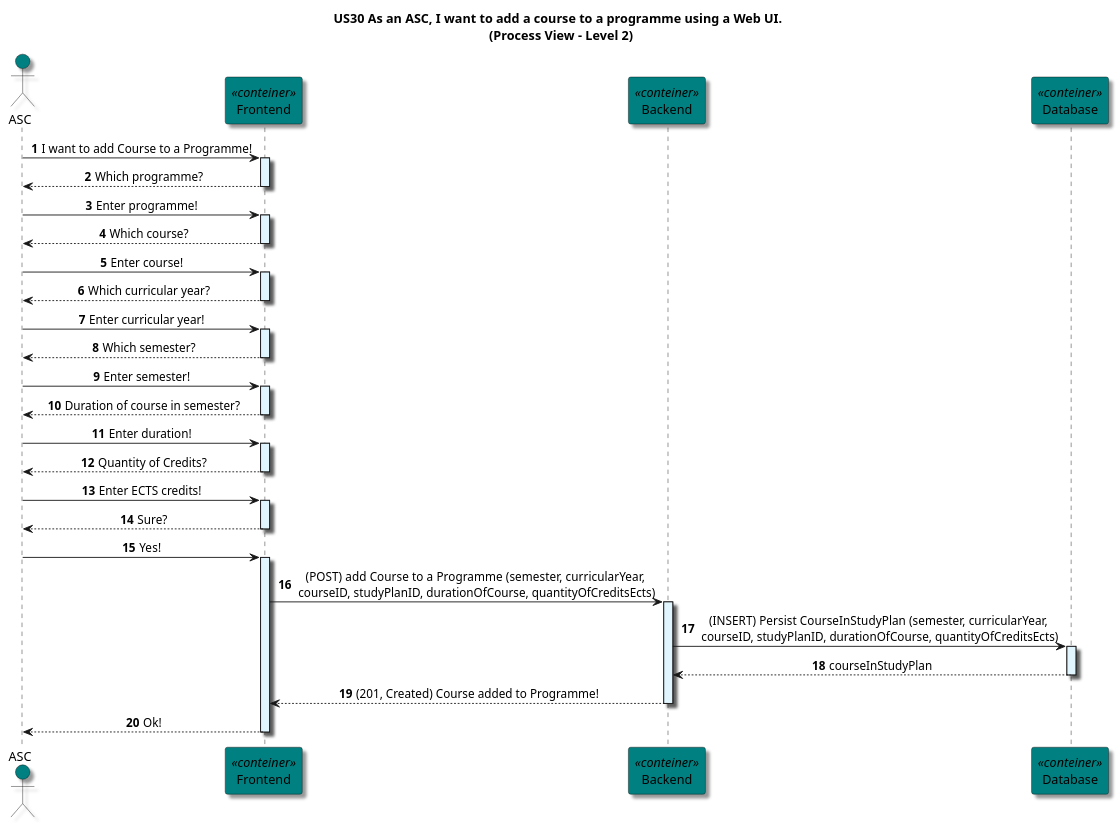
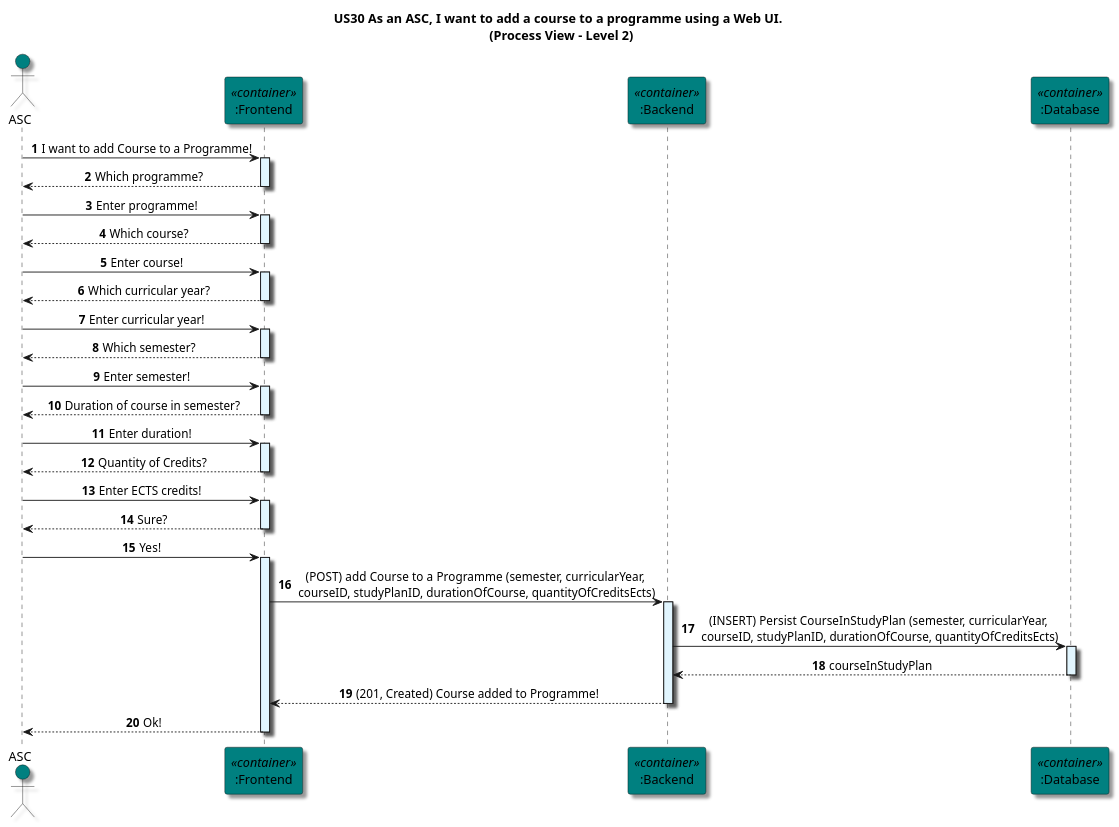
One commit to GasparISEP/DevOps-PAI changed the diagram in docs/US30/Sprint_6_REST_API/Process View/Level2Granularity.puml. Above: the diagram before and after it, drawn with PlantUML. The commit also changed 1 other file, not shown here.

Commit message:
[docs] Finalizing updates to references in Process view Diagram Level 3 and correct small details in Process view Diagram Level 2 (Ref #567, #571)

```diff
--- a/docs/US30/Sprint_6_REST_API/Process View/Level2Granularity.puml
+++ b/docs/US30/Sprint_6_REST_API/Process View/Level2Granularity.puml
@@ -1,80 +1,80 @@
 @startuml
 
 title US30 As an ASC, I want to add a course to a programme using a Web UI. \n (Process View - Level 2)
 
 skinparam componentStyle component
 skinparam defaultTextAlignment center
 skinparam shadowing true
 
 autonumber
 
 actor ASC as asc #teal
 
-participant "Frontend" as frontend <<conteiner>> #teal
-participant "Backend" as backend <<conteiner>> #teal
-participant "Database" as db <<conteiner>> #teal
+participant ":Frontend" as frontend <<container>> #teal
+participant ":Backend" as backend <<container>> #teal
+participant ":Database" as db <<container>> #teal
 
 asc -> frontend: I want to add Course to a Programme!
 activate frontend #E1F5FE
 
 frontend --> asc: Which programme?
 deactivate frontend
 
 asc -> frontend: Enter programme!
 activate frontend #E1F5FE
 
 frontend --> asc: Which course?
 deactivate frontend
 
 asc -> frontend: Enter course!
 activate frontend #E1F5FE
 
 frontend --> asc: Which curricular year?
 deactivate frontend
 
 asc -> frontend: Enter curricular year!
 activate frontend #E1F5FE
 
 frontend --> asc: Which semester?
 deactivate frontend
 
 asc -> frontend: Enter semester!
 activate frontend #E1F5FE
 
 frontend --> asc: Duration of course in semester?
 deactivate frontend
 
 asc -> frontend: Enter duration!
 activate frontend #E1F5FE
 
 frontend --> asc: Quantity of Credits?
 deactivate frontend
 
 asc -> frontend: Enter ECTS credits!
 activate frontend #E1F5FE
 
 
 
 
 
 frontend --> asc: Sure?
 deactivate frontend
 
 asc -> frontend: Yes!
 activate frontend #E1F5FE
 
 frontend -> backend: (POST) add Course to a Programme (semester, curricularYear,\n courseID, studyPlanID, durationOfCourse, quantityOfCreditsEcts)
 activate backend #E1F5FE
 
 backend -> db: (INSERT) Persist CourseInStudyPlan (semester, curricularYear,\n courseID, studyPlanID, durationOfCourse, quantityOfCreditsEcts)
 activate db #E1F5FE
 db --> backend: courseInStudyPlan
 deactivate db
 
 backend --> frontend: (201, Created) Course added to Programme!
 deactivate backend
 
 frontend --> asc: Ok!
 deactivate frontend
 
 @enduml
```
